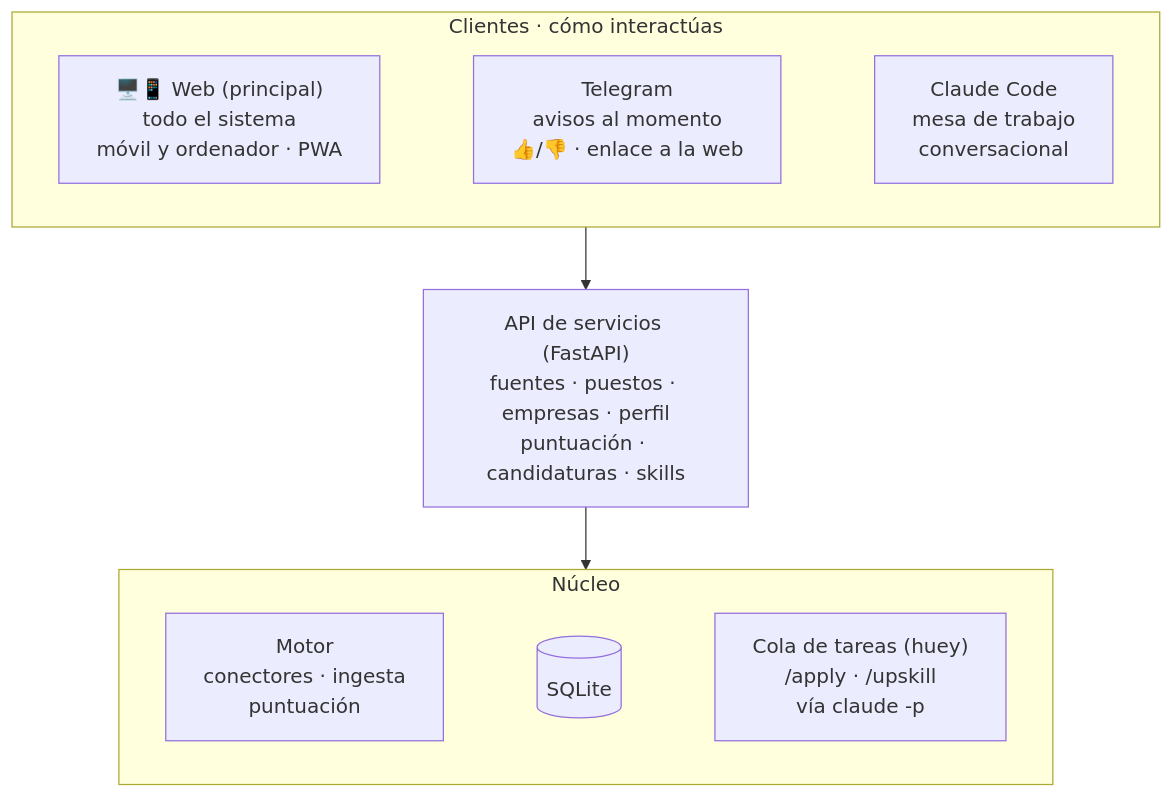
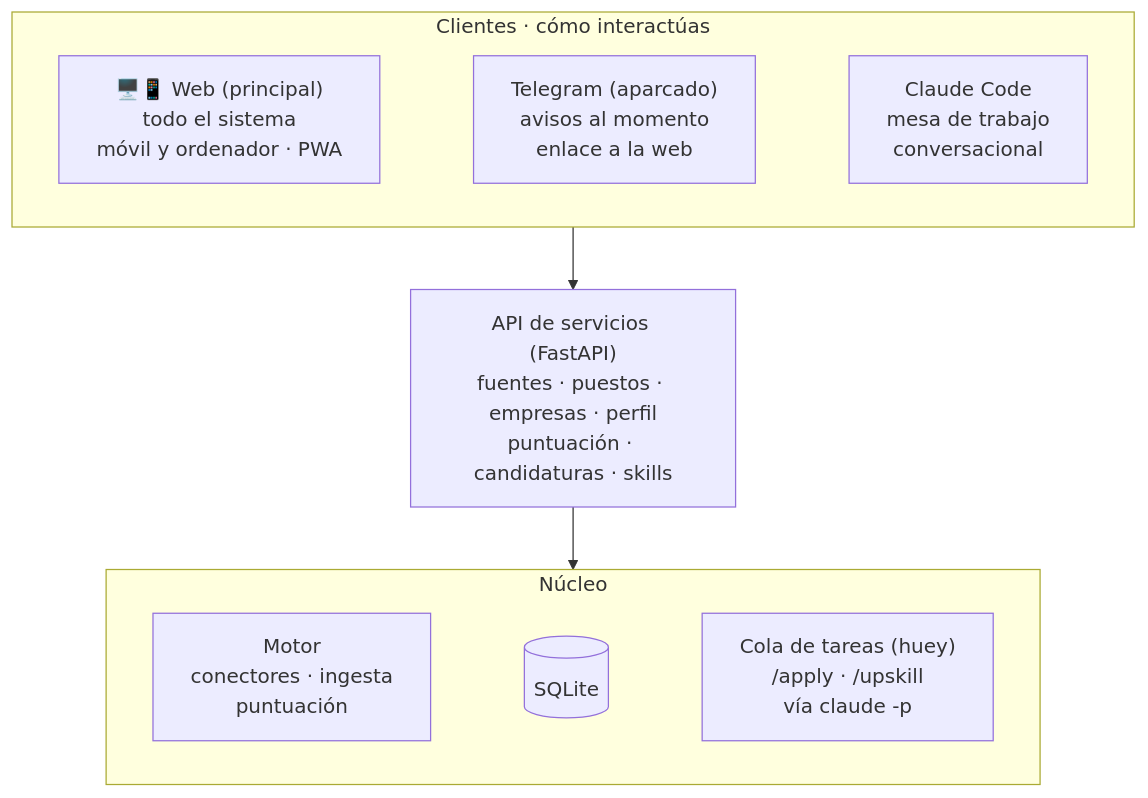
One commit to rubenhig/job-radar changed the second of 3 diagrams in docs/arquitectura.md. Above: the diagram before and after it, drawn with Mermaid. The commit also changed other lines of this file and 13 other files, not shown here.

````diff
--- a/docs/arquitectura.md
+++ b/docs/arquitectura.md
@@ -83,22 +85,22 @@
 ```mermaid
 flowchart TB
     subgraph CLI["Clientes · cómo interactúas"]
         direction LR
         WEB["🖥️📱 Web (principal)<br/>todo el sistema<br/>móvil y ordenador · PWA"]
-        TG["Telegram<br/>avisos al momento<br/>👍/👎 · enlace a la web"]
+        TG["Telegram (aparcado)<br/>avisos al momento<br/>enlace a la web"]
         CC["Claude Code<br/>mesa de trabajo<br/>conversacional"]
         WEB ~~~ TG ~~~ CC
     end
 
     API["API de servicios (FastAPI)<br/>fuentes · puestos · empresas · perfil<br/>puntuación · candidaturas · skills"]
 
     subgraph NUC["Núcleo"]
         direction LR
         MOT["Motor<br/>conectores · ingesta<br/>puntuación"]
         DB[(SQLite)]
         COLA["Cola de tareas (huey)<br/>/apply · /upskill<br/>vía claude -p"]
         MOT ~~~ DB ~~~ COLA
     end
 
     CLI --> API --> NUC
 ```
````
